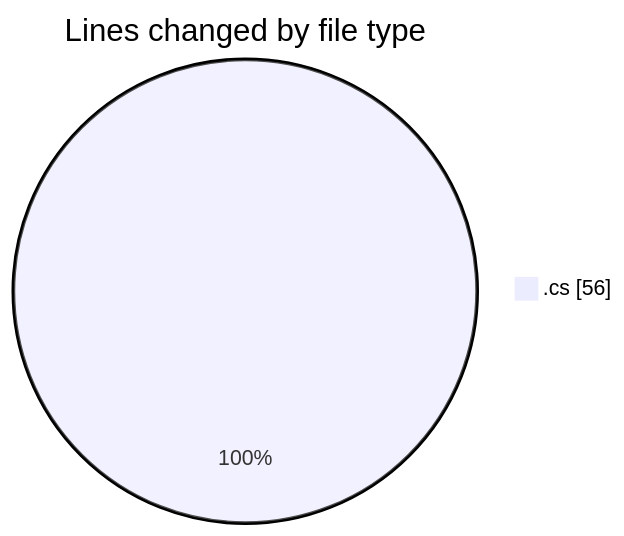
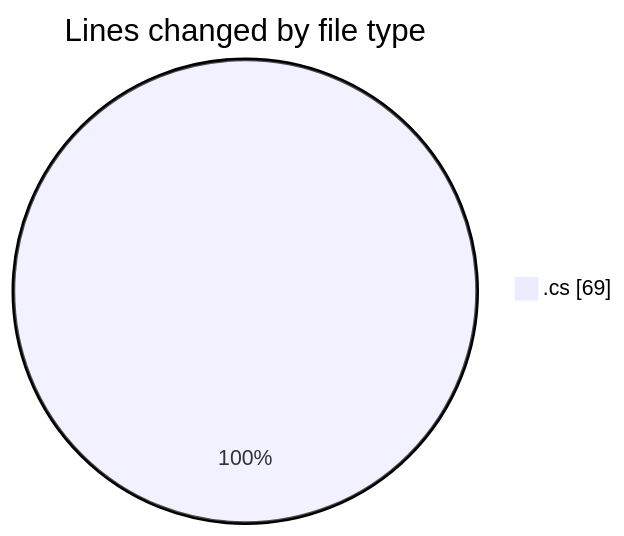
One commit to Netris89/code-tracking changed the first of 2 diagrams in 2025-04-02/back-end/README.md. Above: the diagram before and after it, drawn with Mermaid. The commit also changed other lines of this file and 1 other file, not shown here.

````diff
--- a/2025-04-02/back-end/README.md
+++ b/2025-04-02/back-end/README.md
@@ -20,5 +20,5 @@
 ```mermaid
 pie showData
 title Lines changed by file type
-".cs" : 56
+".cs" : 69
 ```
````
